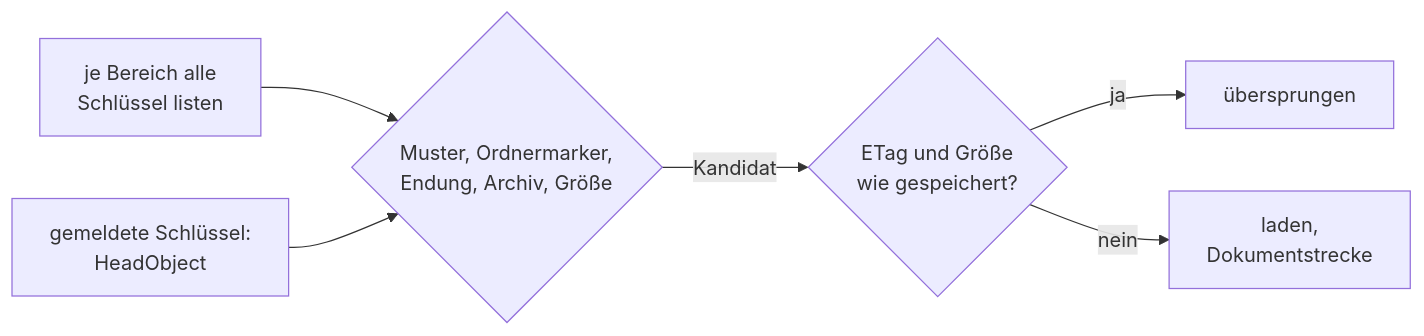
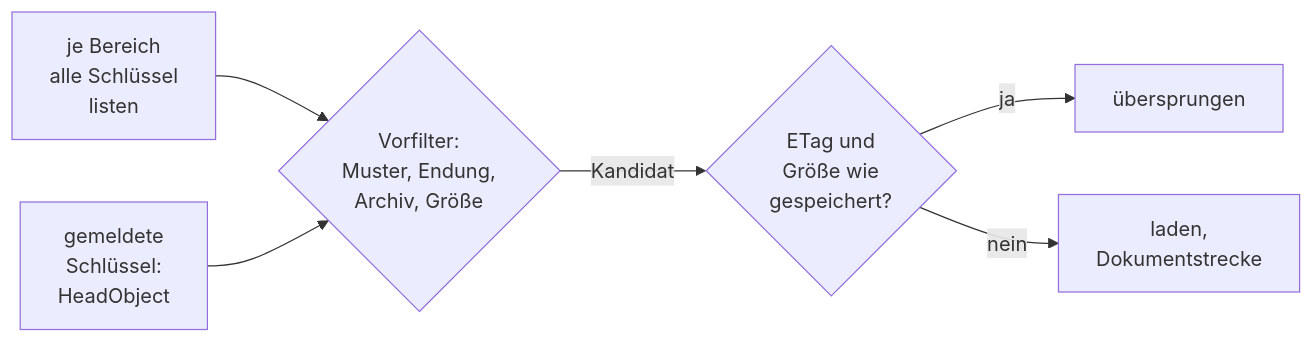
The second of 2 diagrams in docs/handbuch/konnektoren/s3.md (criew/opaa), drawn with Mermaid before and after one commit. The commit also changed other lines of this file and 13 other files, not shown here.

First line of the commit message:
docs(handbuch): Mermaid-Beschriftungen umbrechen und Verweise auf Konnektor-Abschnitte nachziehen

````diff
--- a/docs/handbuch/konnektoren/s3.md
+++ b/docs/handbuch/konnektoren/s3.md
@@ -125,8 +125,8 @@
 ```mermaid
 flowchart LR
-    L[je Bereich alle<br/>Schlüssel listen] --> F{Muster, Ordnermarker,<br/>Endung, Archiv, Größe}
-    E[gemeldete Schlüssel:<br/>HeadObject] --> F
-    F -- Kandidat --> M{ETag und Größe<br/>wie gespeichert?}
+    L[je Bereich<br/>alle Schlüssel<br/>listen] --> F{Vorfilter:<br/>Muster, Endung,<br/>Archiv, Größe}
+    E[gemeldete<br/>Schlüssel:<br/>HeadObject] --> F
+    F -- Kandidat --> M{ETag und<br/>Größe wie<br/>gespeichert?}
     M -- ja --> S[übersprungen]
     M -- nein --> P[laden,<br/>Dokumentstrecke]
 ```
````
